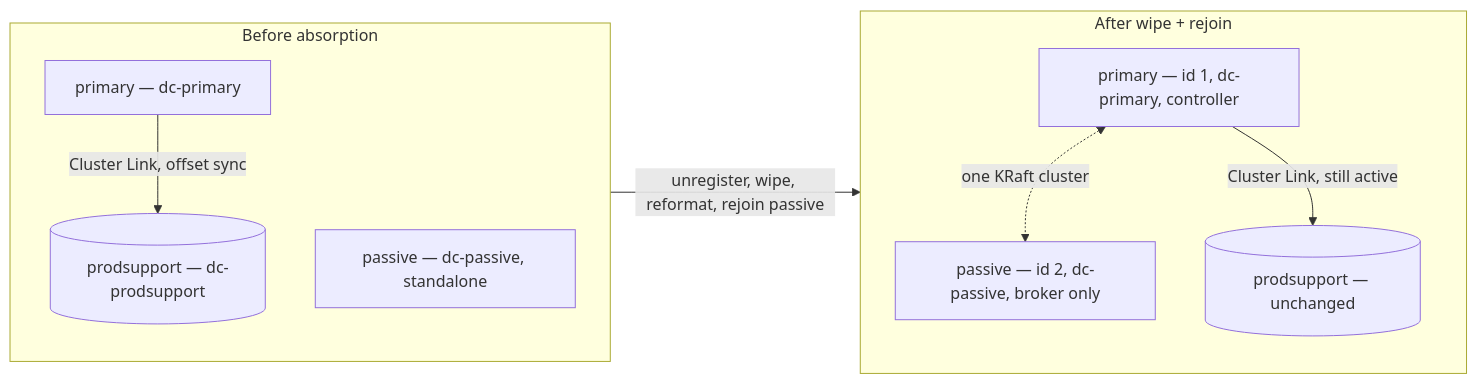
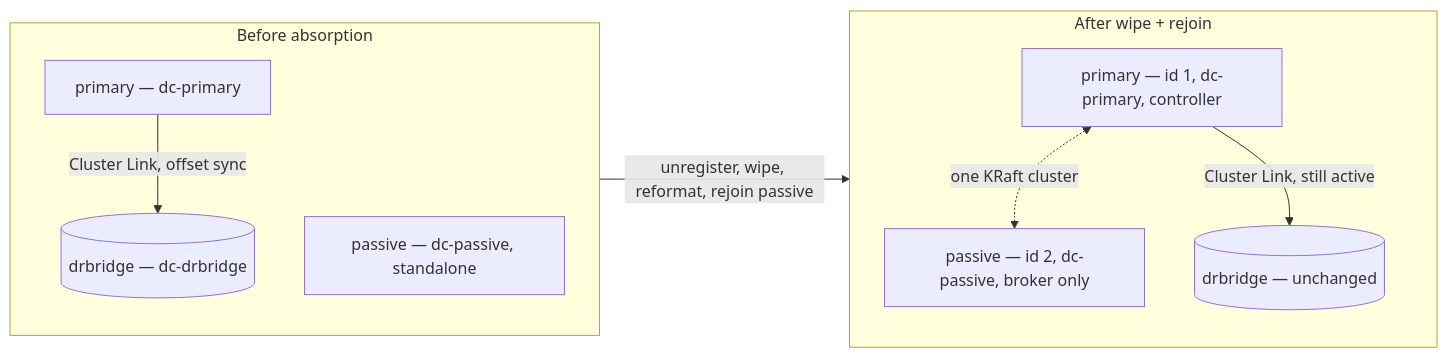
Before and after one commit to goodlabs-studio/cflt-ai: the diagram in wiki/patterns/cp-mrc-migration-rehearsal-rig.md, drawn with Mermaid. The commit also changed other lines of this file and 119 other files, not shown here.

````diff
--- a/wiki/patterns/cp-mrc-migration-rehearsal-rig.md
+++ b/wiki/patterns/cp-mrc-migration-rehearsal-rig.md
@@ -56,19 +56,19 @@
 ```mermaid
 flowchart LR
     subgraph BEFORE["Before absorption"]
         primary1["primary — dc-primary"]
         passive1["passive — dc-passive, standalone"]
-        prodsupport1[("prodsupport — dc-prodsupport")]
-        primary1 -- "Cluster Link, offset sync" --> prodsupport1
+        drbridge1[("drbridge — dc-drbridge")]
+        primary1 -- "Cluster Link, offset sync" --> drbridge1
     end
 
     subgraph AFTER["After wipe + rejoin"]
         primary2["primary — id 1, dc-primary, controller"]
         passive2["passive — id 2, dc-passive, broker only"]
-        prodsupport2[("prodsupport — unchanged")]
+        drbridge2[("drbridge — unchanged")]
         primary2 <-. "one KRaft cluster" .-> passive2
-        primary2 -- "Cluster Link, still active" --> prodsupport2
+        primary2 -- "Cluster Link, still active" --> drbridge2
     end
 
     BEFORE -- "unregister, wipe, reformat, rejoin passive" --> AFTER
 ```
````
